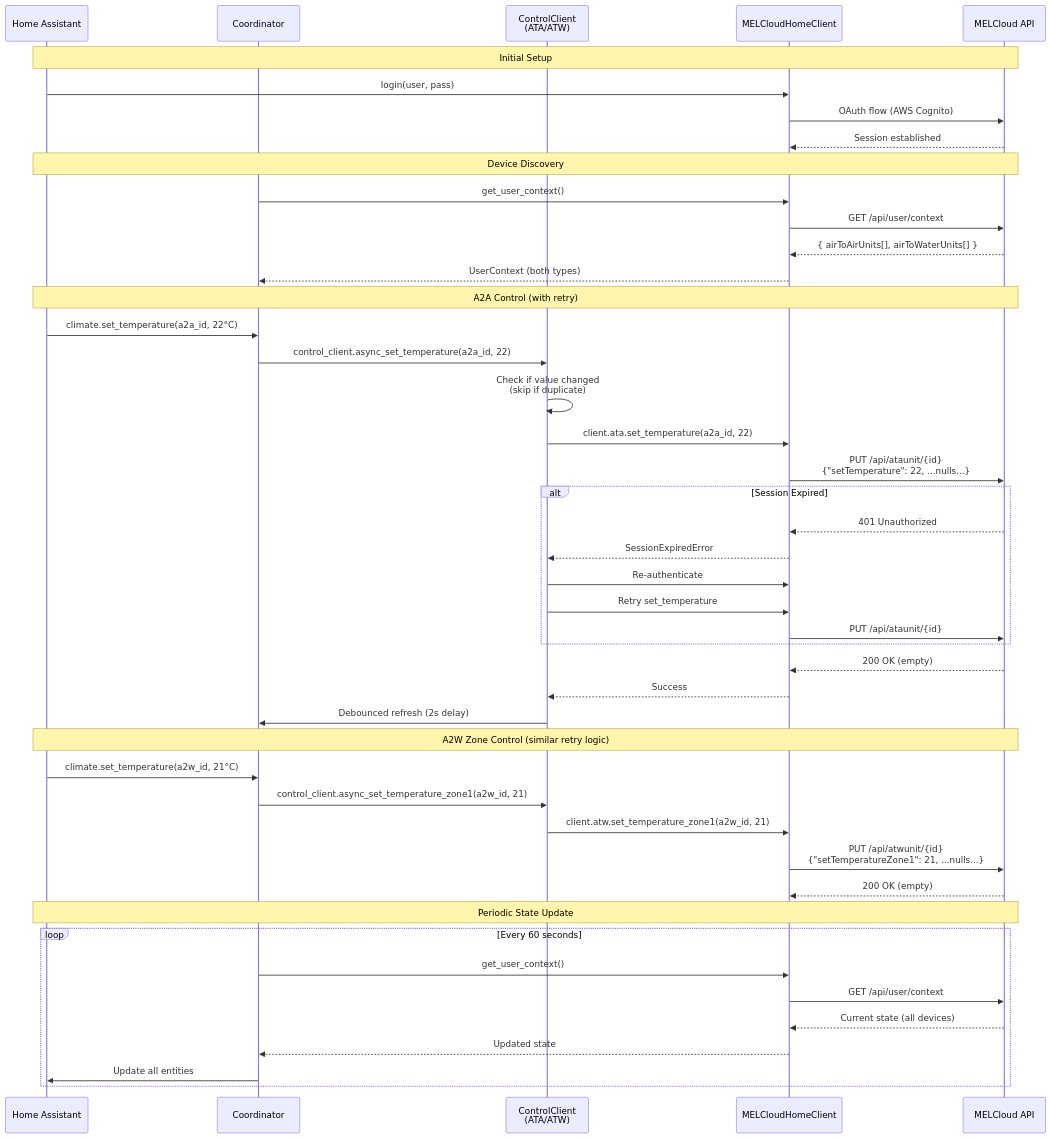
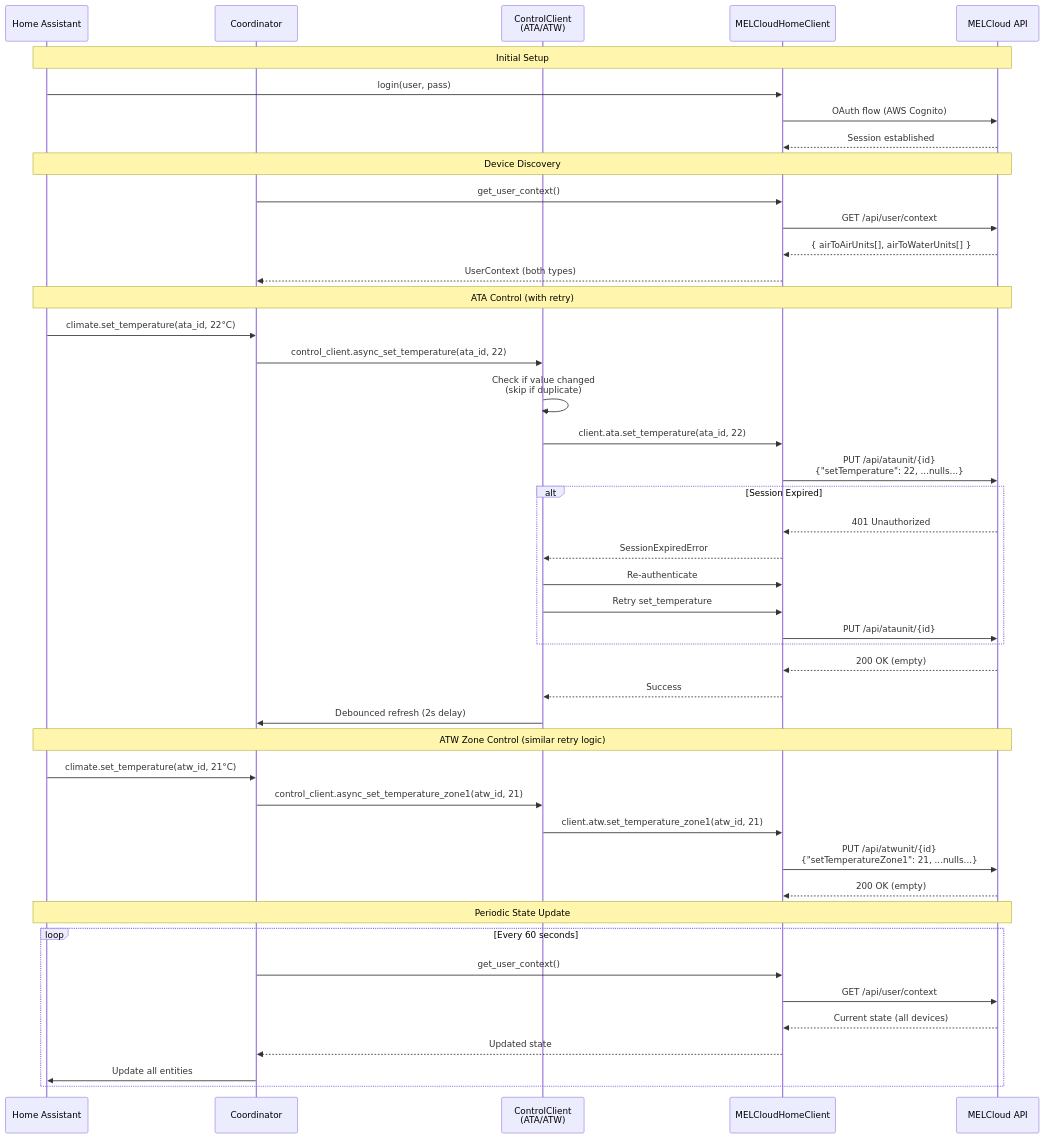
One commit to andrew-blake/melcloudhome changed the second of 5 diagrams in docs/architecture.md. Above: the diagram before and after it, drawn with Mermaid. The commit also changed other lines of this file and 84 other files, not shown here.

````diff
--- a/docs/architecture.md
+++ b/docs/architecture.md
@@ -128,52 +223,52 @@
 ```mermaid
 sequenceDiagram
     participant HA as Home Assistant
     participant Coord as Coordinator
     participant CtrlClient as ControlClient<br/>(ATA/ATW)
     participant APIClient as MELCloudHomeClient
     participant API as MELCloud API
 
     Note over HA,API: Initial Setup
     HA->>APIClient: login(user, pass)
     APIClient->>API: OAuth flow (AWS Cognito)
     API-->>APIClient: Session established
 
     Note over HA,API: Device Discovery
     Coord->>APIClient: get_user_context()
     APIClient->>API: GET /api/user/context
     API-->>APIClient: { airToAirUnits[], airToWaterUnits[] }
     APIClient-->>Coord: UserContext (both types)
 
-    Note over HA,API: A2A Control (with retry)
-    HA->>Coord: climate.set_temperature(a2a_id, 22°C)
-    Coord->>CtrlClient: control_client.async_set_temperature(a2a_id, 22)
+    Note over HA,API: ATA Control (with retry)
+    HA->>Coord: climate.set_temperature(ata_id, 22°C)
+    Coord->>CtrlClient: control_client.async_set_temperature(ata_id, 22)
     CtrlClient->>CtrlClient: Check if value changed<br/>(skip if duplicate)
-    CtrlClient->>APIClient: client.ata.set_temperature(a2a_id, 22)
+    CtrlClient->>APIClient: client.ata.set_temperature(ata_id, 22)
     APIClient->>API: PUT /api/ataunit/{id}<br/>{"setTemperature": 22, ...nulls...}
     alt Session Expired
         API-->>APIClient: 401 Unauthorized
         APIClient-->>CtrlClient: SessionExpiredError
         CtrlClient->>APIClient: Re-authenticate
         CtrlClient->>APIClient: Retry set_temperature
         APIClient->>API: PUT /api/ataunit/{id}
     end
     API-->>APIClient: 200 OK (empty)
     APIClient-->>CtrlClient: Success
     CtrlClient->>Coord: Debounced refresh (2s delay)
 
-    Note over HA,API: A2W Zone Control (similar retry logic)
-    HA->>Coord: climate.set_temperature(a2w_id, 21°C)
-    Coord->>CtrlClient: control_client.async_set_temperature_zone1(a2w_id, 21)
-    CtrlClient->>APIClient: client.atw.set_temperature_zone1(a2w_id, 21)
+    Note over HA,API: ATW Zone Control (similar retry logic)
+    HA->>Coord: climate.set_temperature(atw_id, 21°C)
+    Coord->>CtrlClient: control_client.async_set_temperature_zone1(atw_id, 21)
+    CtrlClient->>APIClient: client.atw.set_temperature_zone1(atw_id, 21)
     APIClient->>API: PUT /api/atwunit/{id}<br/>{"setTemperatureZone1": 21, ...nulls...}
     API-->>APIClient: 200 OK (empty)
 
     Note over HA,API: Periodic State Update
     loop Every 60 seconds
         Coord->>APIClient: get_user_context()
         APIClient->>API: GET /api/user/context
         API-->>APIClient: Current state (all devices)
         APIClient-->>Coord: Updated state
         Coord->>HA: Update all entities
     end
 ```
````
